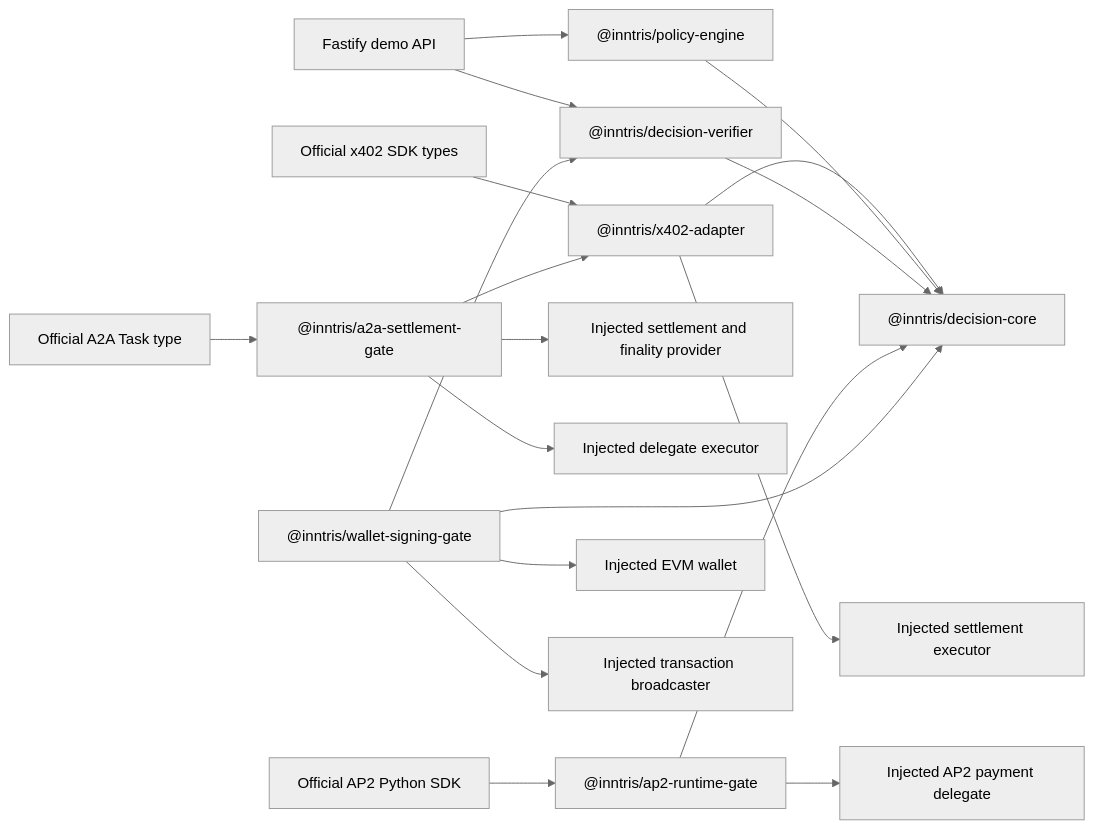
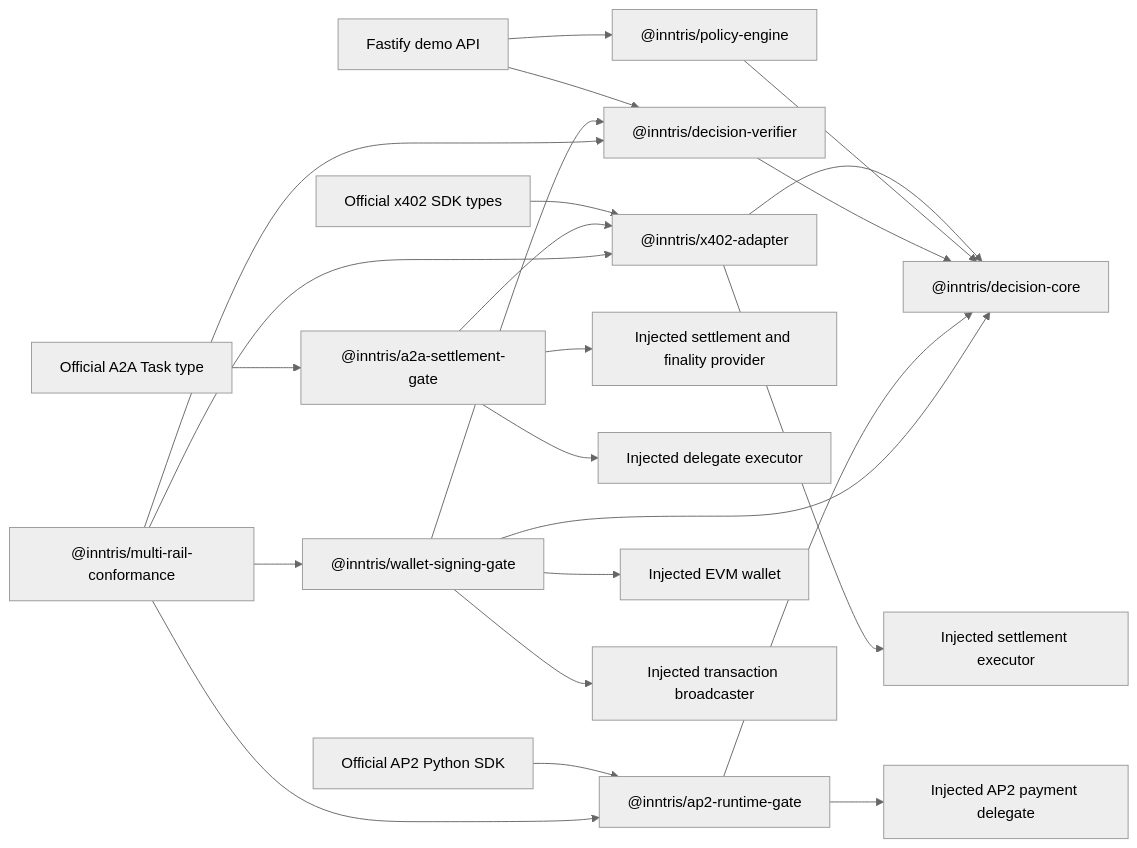
The diagram in ARCHITECTURE.md (Inntris/inntris-x402-policy-adapter), drawn with Mermaid (neutral theme) before and after one commit. The commit also changed other lines of this file and 31 other files, not shown here.

Commit message:
Add five-rail conformance suite (#23)

````diff
--- a/ARCHITECTURE.md
+++ b/ARCHITECTURE.md
@@ -20,21 +20,25 @@
 ```mermaid
 flowchart LR
     X["Official x402 SDK types"] --> A["@inntris/x402-adapter"]
     A --> C["@inntris/decision-core"]
     P["@inntris/policy-engine"] --> C
     V["@inntris/decision-verifier"] --> C
     API["Fastify demo API"] --> P
     API --> V
     A --> E["Injected settlement executor"]
     T["Official A2A Task type"] --> G["@inntris/a2a-settlement-gate"]
     G --> A
     G --> S["Injected settlement and finality provider"]
     G --> D["Injected delegate executor"]
     M["Official AP2 Python SDK"] --> R["@inntris/ap2-runtime-gate"]
     R --> C
     R --> Q["Injected AP2 payment delegate"]
     W["@inntris/wallet-signing-gate"] --> C
     W --> V
     W --> K["Injected EVM wallet"]
     W --> B["Injected transaction broadcaster"]
+    N["@inntris/multi-rail-conformance"] --> A
+    N --> R
+    N --> W
+    N --> V
 ```
````
